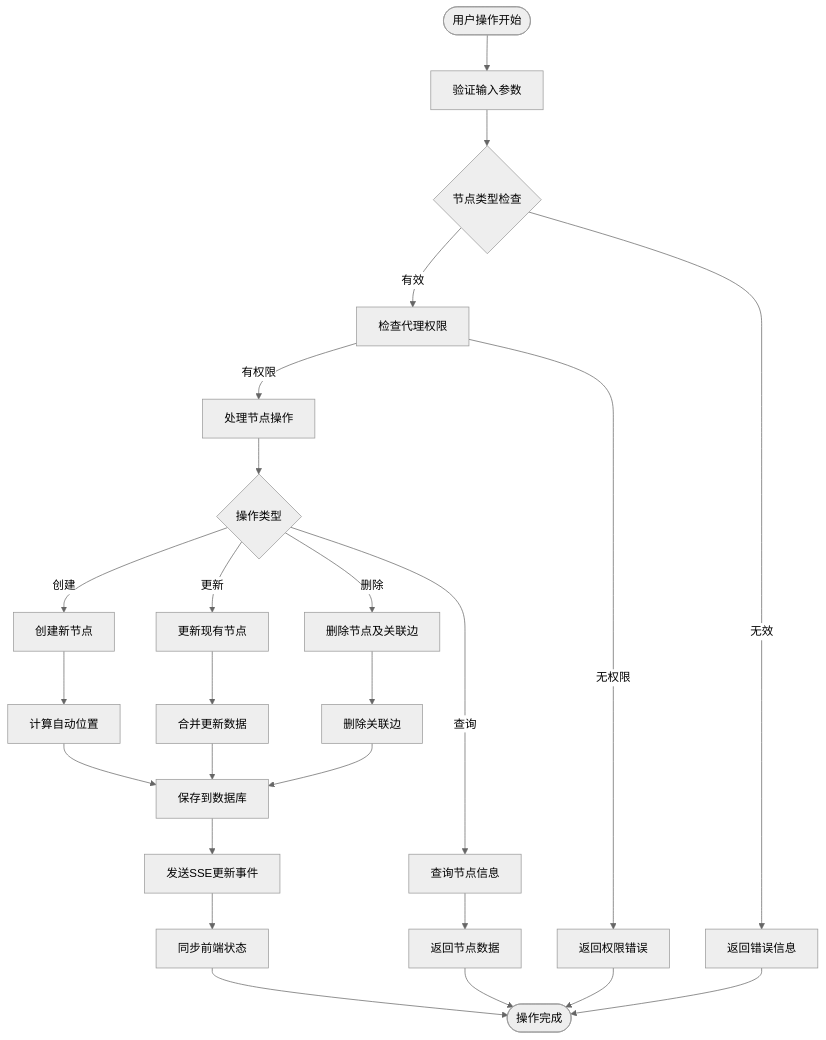
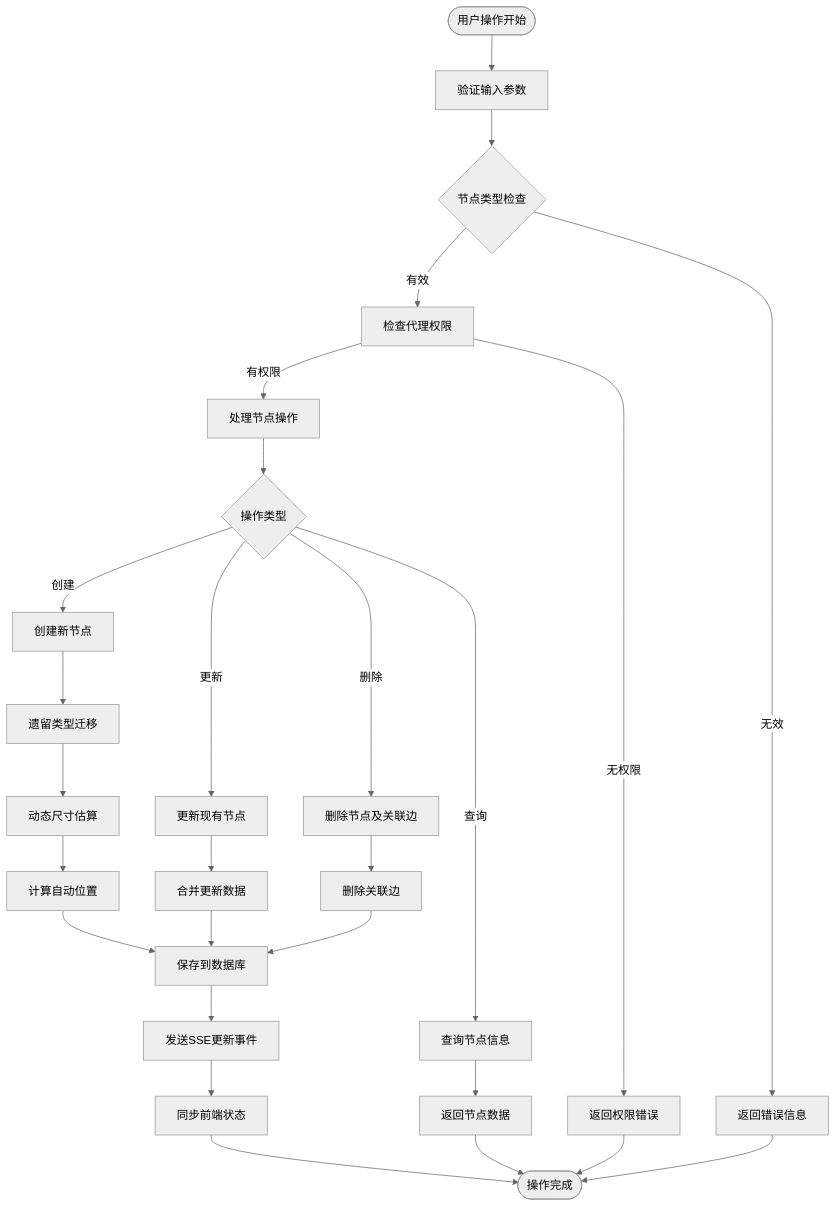
One commit to KunLabAI/KunFlix changed the sixth of 7 diagrams in .qoder/repowiki/zh/content/后端开发指南/画布工具服务.md. Above: the diagram before and after it, drawn with Mermaid (neutral theme). The commit also changed other lines of this file and 12 other files, not shown here.

````diff
--- a/.qoder/repowiki/zh/content/后端开发指南/画布工具服务.md
+++ b/.qoder/repowiki/zh/content/后端开发指南/画布工具服务.md
@@ -325,27 +352,29 @@
 ```mermaid
 flowchart TD
 Start([用户操作开始]) --> ValidateInput["验证输入参数"]
 ValidateInput --> NodeType{"节点类型检查"}
 NodeType --> |有效| CheckPermission["检查代理权限"]
 NodeType --> |无效| ReturnError["返回错误信息"]
 CheckPermission --> |有权限| ProcessNode["处理节点操作"]
 CheckPermission --> |无权限| ReturnPermissionError["返回权限错误"]
 ProcessNode --> Operation{"操作类型"}
 Operation --> |创建| CreateNode["创建新节点"]
 Operation --> |更新| UpdateNode["更新现有节点"]
 Operation --> |删除| DeleteNode["删除节点及关联边"]
 Operation --> |查询| QueryNode["查询节点信息"]
-CreateNode --> AutoPosition["计算自动位置"]
+CreateNode --> LegacyMigration["遗留类型迁移"]
+LegacyMigration --> SizeEstimation["动态尺寸估算"]
+SizeEstimation --> AutoPosition["计算自动位置"]
 AutoPosition --> SaveNode["保存到数据库"]
 UpdateNode --> MergeData["合并更新数据"]
 MergeData --> SaveNode
 DeleteNode --> RemoveEdges["删除关联边"]
 RemoveEdges --> SaveNode
 QueryNode --> ReturnData["返回节点数据"]
 SaveNode --> SendSSE["发送SSE更新事件"]
 SendSSE --> SyncFrontend["同步前端状态"]
 SyncFrontend --> End([操作完成])
 ReturnData --> End
 ReturnError --> End
 ReturnPermissionError --> End
 ```
````
